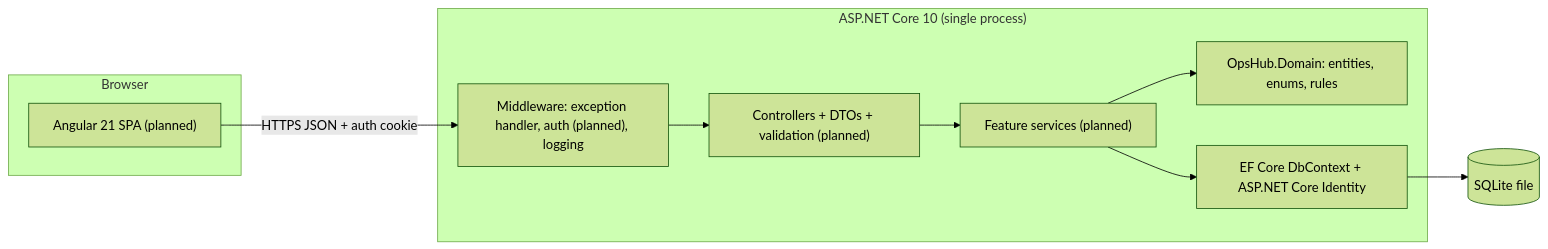
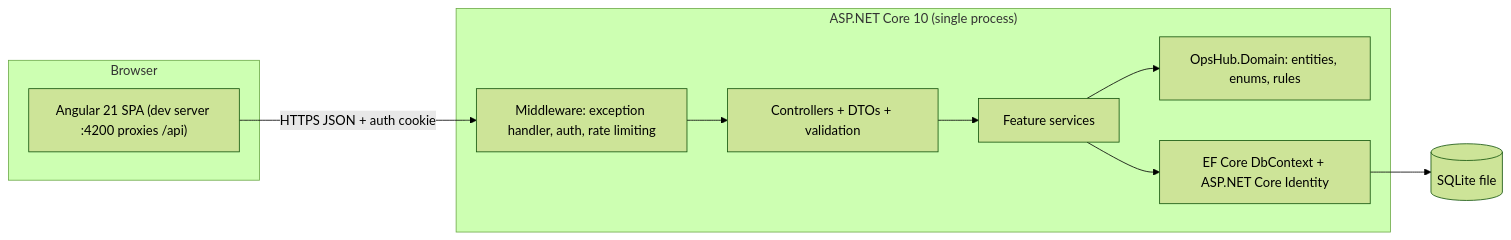
Before and after one commit to moeletsimelamu/opshub: the first of 3 diagrams in docs/ARCHITECTURE.md, drawn with Mermaid (forest theme). The commit also changed other lines of this file and 67 other files, not shown here.

````diff
--- a/docs/ARCHITECTURE.md
+++ b/docs/ARCHITECTURE.md
@@ -20,17 +20,17 @@
 ```mermaid
 flowchart LR
   subgraph Browser
-    A["Angular 21 SPA (planned)"]
+    A["Angular 21 SPA (dev server :4200 proxies /api)"]
   end
   subgraph "ASP.NET Core 10 (single process)"
-    M["Middleware: exception handler, auth (planned), logging"]
-    C["Controllers + DTOs + validation (planned)"]
-    S["Feature services (planned)"]
+    M["Middleware: exception handler, auth, rate limiting"]
+    C["Controllers + DTOs + validation"]
+    S["Feature services"]
     D["OpsHub.Domain: entities, enums, rules"]
     E["EF Core DbContext + ASP.NET Core Identity"]
   end
   DB[("SQLite file")]
   A -- "HTTPS JSON + auth cookie" --> M --> C --> S
   S --> D
   S --> E --> DB
 ```
````
